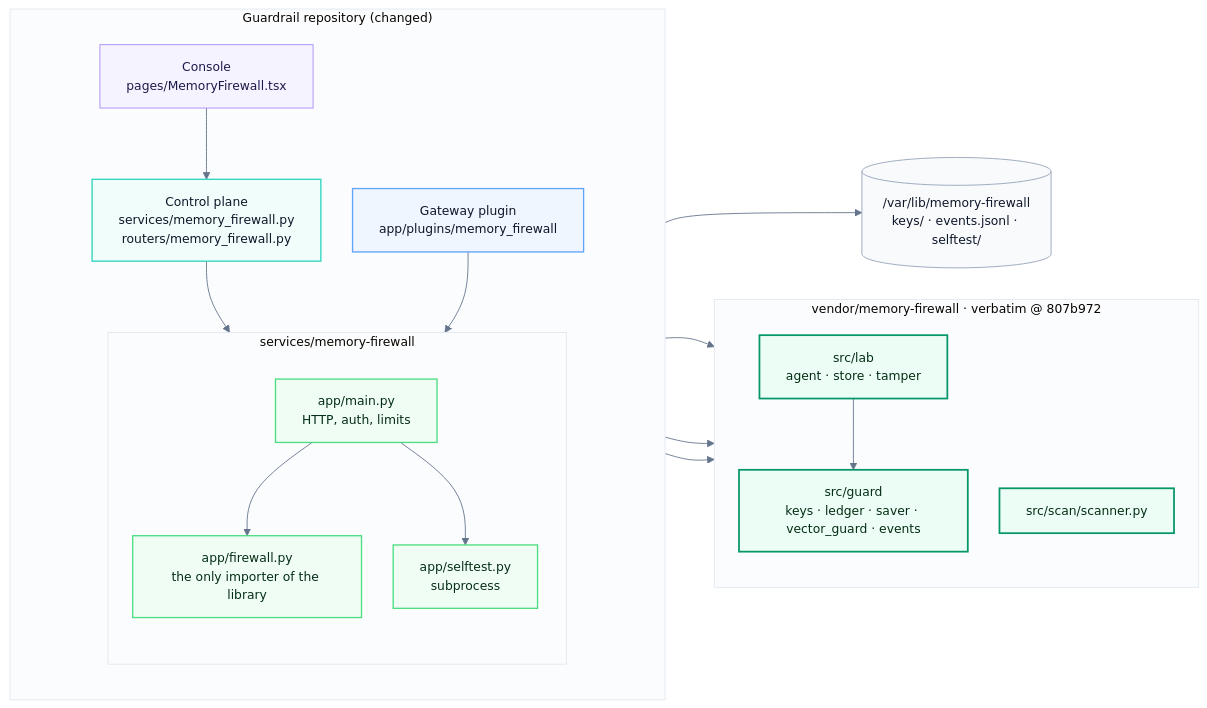
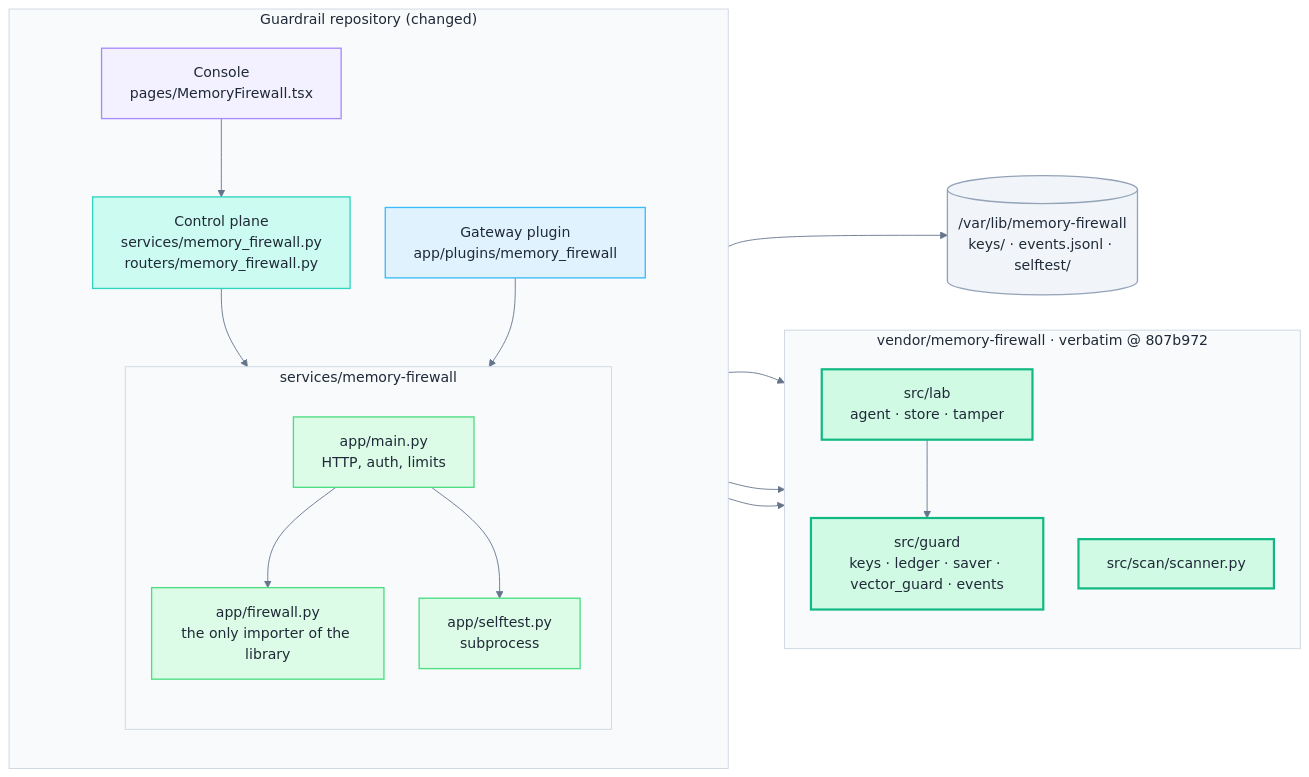
The first of 2 diagrams in docs/memory-firewall.md (ramsha287/policy-guardrails-agent), drawn with Mermaid before and after one commit. The commit also changed other lines of this file and 2 other files, not shown here.

Commit message:
Redesign top architecture diagram as layered planes
- README and docs/architecture.md: overview diagram rebuilt as layered planes
  (enterprise environments, discovery, agent inventory, identity and
  configuration, enforcement points, decision plane, outcomes, event bus)
- Decision plane shown as a left-to-right pipeline: Context, Risk, Policy,
  Guardrails, Advisors, Decide
- All diagrams in the docs use an explicit light theme (white background,
  pastel fills, dark text, 16px labels)
- docs/memory-firewall.md: sequence and component diagrams restyled to match

````diff
--- a/docs/memory-firewall.md
+++ b/docs/memory-firewall.md
@@ -27,42 +27,42 @@
 ```mermaid
-%%{init: {"theme": "base", "fontFamily": "Helvetica, Arial, sans-serif", "themeVariables": {"fontSize": "14px", "primaryTextColor": "#0f172a", "lineColor": "#64748b", "clusterBkg": "#fbfcfe", "clusterBorder": "#e2e8f0", "edgeLabelBackground": "#ffffff"}, "flowchart": {"curve": "basis", "nodeSpacing": 36, "rankSpacing": 56}}}%%
+%%{init: {"theme": "base", "darkMode": false, "fontFamily": "Helvetica, Arial, sans-serif", "fontSize": "16px", "themeVariables": {"background": "#ffffff", "primaryColor": "#eef6ff", "primaryBorderColor": "#93c5fd", "primaryTextColor": "#1f2937", "secondaryColor": "#f3f0ff", "tertiaryColor": "#f8fafc", "lineColor": "#64748b", "textColor": "#1f2937", "clusterBkg": "#f8fafc", "clusterBorder": "#cbd5e1", "edgeLabelBackground": "#ffffff", "titleColor": "#1f2937"}, "flowchart": {"curve": "basis", "nodeSpacing": 40, "rankSpacing": 64, "padding": 16, "htmlLabels": true}}}%%
 flowchart LR
   subgraph Guardrail["Guardrail repository (changed)"]
     direction TB
     PL["Gateway plugin<br/>app/plugins/memory_firewall"]
     CPR["Control plane<br/>services/memory_firewall.py<br/>routers/memory_firewall.py"]
     UI["Console<br/>pages/MemoryFirewall.tsx"]
     subgraph SVC["services/memory-firewall"]
       direction TB
       API["app/main.py<br/>HTTP, auth, limits"]
       FW["app/firewall.py<br/>the only importer of the library"]
       ST["app/selftest.py<br/>subprocess"]
     end
   end
 
   subgraph Library["vendor/memory-firewall · verbatim @ 807b972"]
     direction TB
     G["src/guard<br/>keys · ledger · saver · vector_guard · events"]
     SC["src/scan/scanner.py"]
     LAB["src/lab<br/>agent · store · tamper"]
   end
 
   UI --> CPR --> API
   PL --> API
   API --> FW --> G & SC
   API --> ST --> LAB --> G
   FW --> VOL[("/var/lib/memory-firewall<br/>keys/ · events.jsonl · selftest/")]
 
-  classDef client fill:#f5f3ff,stroke:#a78bfa,stroke-width:1px,color:#1e1b4b
-  classDef edge fill:#eff6ff,stroke:#60a5fa,stroke-width:1.5px,color:#0f172a
-  classDef control fill:#f0fdfa,stroke:#2dd4bf,stroke-width:1.5px,color:#0f172a
-  classDef guard fill:#f0fdf4,stroke:#4ade80,stroke-width:1.5px,color:#052e16
-  classDef mfw fill:#ecfdf5,stroke:#059669,stroke-width:2px,color:#052e16
-  classDef store fill:#f8fafc,stroke:#94a3b8,stroke-width:1px,color:#0f172a
+  classDef client fill:#f3f0ff,stroke:#a78bfa,stroke-width:1.5px,color:#1f2937
+  classDef edge fill:#e0f2fe,stroke:#38bdf8,stroke-width:1.5px,color:#1f2937
+  classDef control fill:#ccfbf1,stroke:#2dd4bf,stroke-width:1.5px,color:#1f2937
+  classDef guard fill:#dcfce7,stroke:#4ade80,stroke-width:1.5px,color:#1f2937
+  classDef mfw fill:#d1fae5,stroke:#10b981,stroke-width:2.5px,color:#1f2937
+  classDef store fill:#f1f5f9,stroke:#94a3b8,stroke-width:1.5px,color:#1f2937
   class UI client
   class PL edge
   class CPR control
   class API,FW,ST guard
   class G,SC,LAB mfw
   class VOL store
 ```
````
